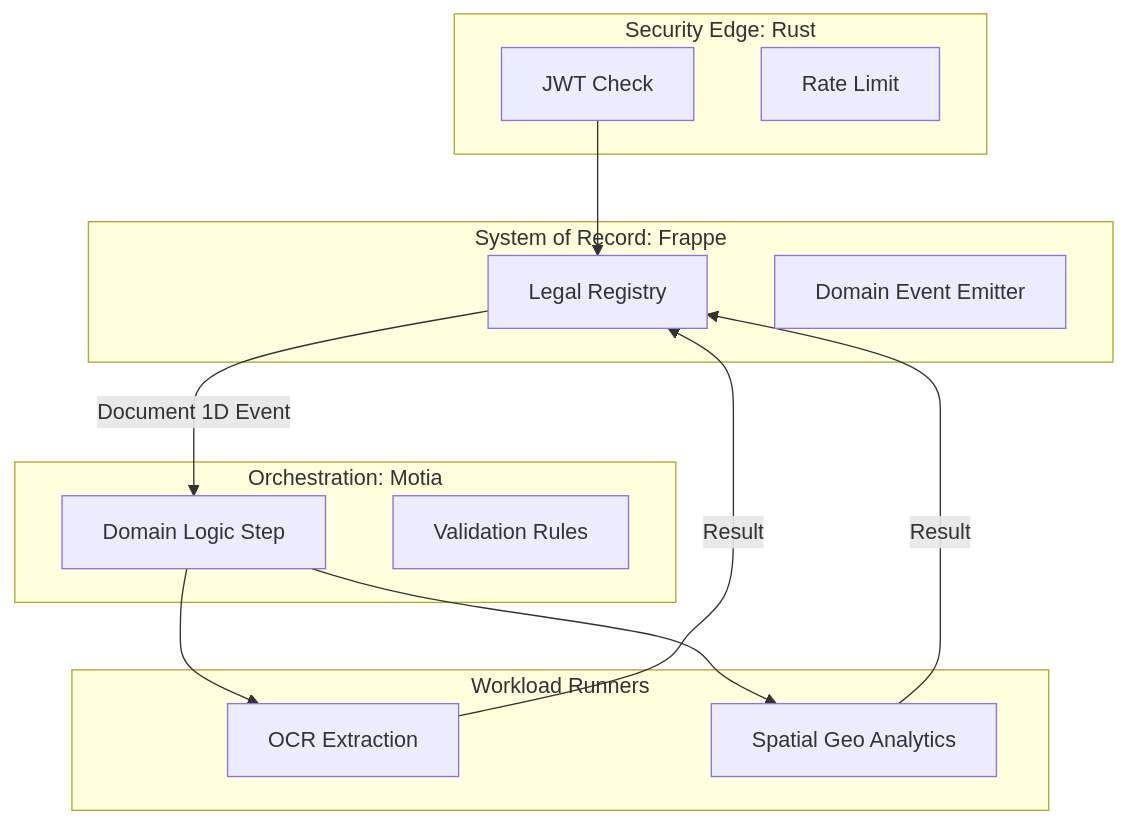
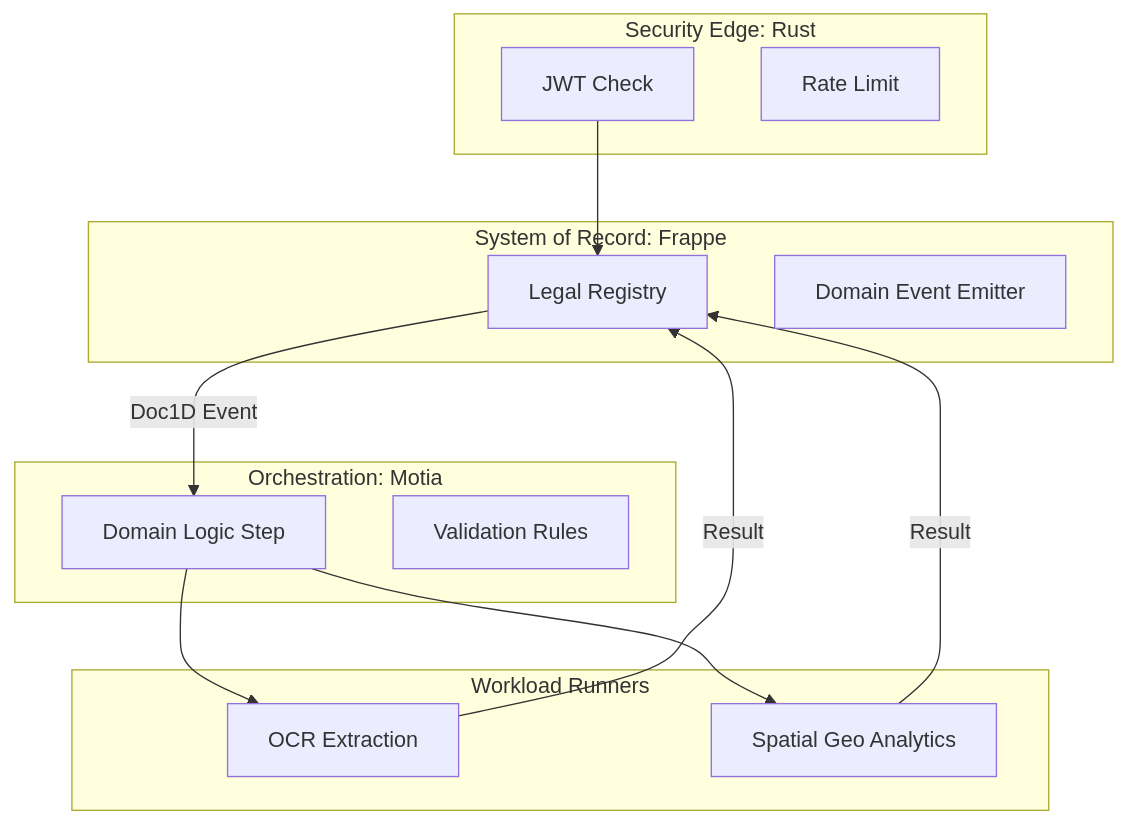
The diagram in documentation/FULL_DOCUMENTATION_ARCHIVE.md (internetartsy/JK), drawn with Mermaid before and after one commit. The commit also changed 2 other files, not shown here.

Commit message:
Fix Mermaid syntax: Remove all parentheses from labels and simplify for GitHub

````diff
--- a/documentation/FULL_DOCUMENTATION_ARCHIVE.md
+++ b/documentation/FULL_DOCUMENTATION_ARCHIVE.md
@@ -10,34 +10,34 @@
 ```mermaid
 flowchart TD
     %% -- Edge Gateway --
     subgraph Edge_Step [Security Edge: Rust]
         Auth["JWT Check"]
         Rate["Rate Limit"]
     end
 
     %% -- Registry SOR --
     subgraph Registry_Step [System of Record: Frappe]
         SOR["Legal Registry"]
         Event["Domain Event Emitter"]
     end
 
     %% -- Logic Orchestration --
     subgraph Logic_Step [Orchestration: Motia]
         Flow["Domain Logic Step"]
         Rule["Validation Rules"]
     end
 
     %% -- Functional Execution --
     subgraph Service_Step [Workload Runners]
         OCR["OCR Extraction"]
         GIS["Spatial Geo Analytics"]
     end
 
     %% -- Flows --
     Auth --> SOR
-    SOR -->|"Document 1D Event"| Flow
+    SOR -->|"Doc1D Event"| Flow
     Flow --> OCR
     Flow --> GIS
     OCR -->|"Result"| SOR
     GIS -->|"Result"| SOR
 ```
````
